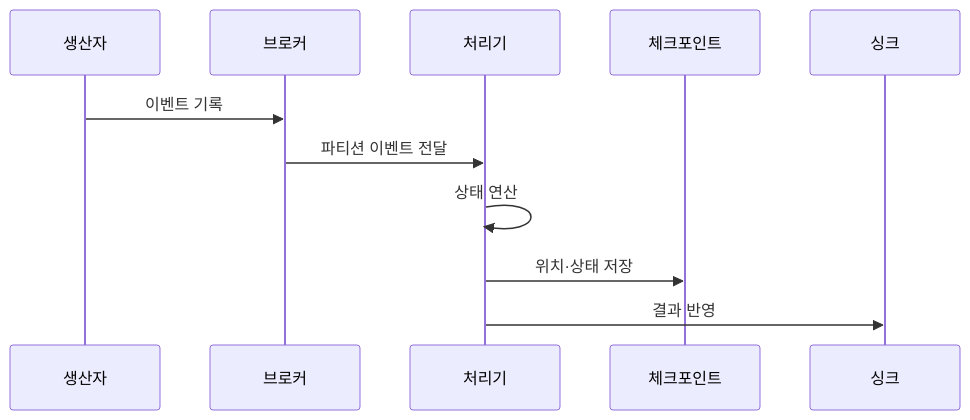
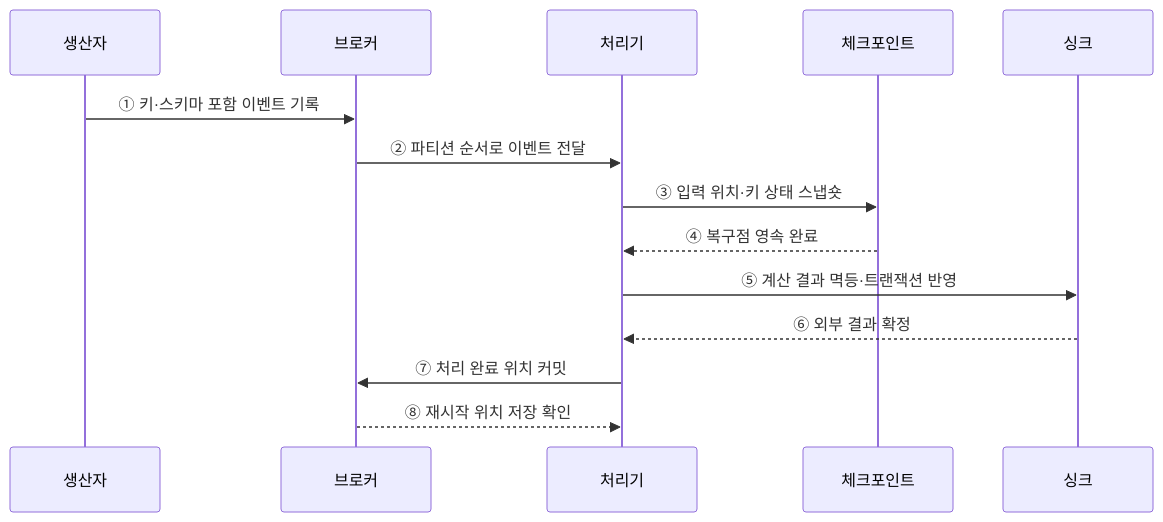
The second of 2 diagrams in src/content/docs/notes/03-software/122_real_time_streaming_platform.md (agnusdei1207/knowledge-base), drawn with Mermaid before and after one commit. The commit also changed other lines of this file and 20 other files, not shown here.

````diff
--- a/src/content/docs/notes/03-software/122_real_time_streaming_platform.md
+++ b/src/content/docs/notes/03-software/122_real_time_streaming_platform.md
@@ -84,13 +73,16 @@
 ```mermaid
 sequenceDiagram
     participant P as 생산자
     participant B as 브로커
     participant E as 처리기
     participant C as 체크포인트
     participant S as 싱크
-    P->>B: 이벤트 기록
-    B->>E: 파티션 이벤트 전달
-    E->>E: 상태 연산
-    E->>C: 위치·상태 저장
-    E->>S: 결과 반영
+    P->>B: ① 키·스키마 포함 이벤트 기록
+    B->>E: ② 파티션 순서로 이벤트 전달
+    E->>C: ③ 입력 위치·키 상태 스냅숏
+    C-->>E: ④ 복구점 영속 완료
+    E->>S: ⑤ 계산 결과 멱등·트랜잭션 반영
+    S-->>E: ⑥ 외부 결과 확정
+    E->>B: ⑦ 처리 완료 위치 커밋
+    B-->>E: ⑧ 재시작 위치 저장 확인
 ```
````
